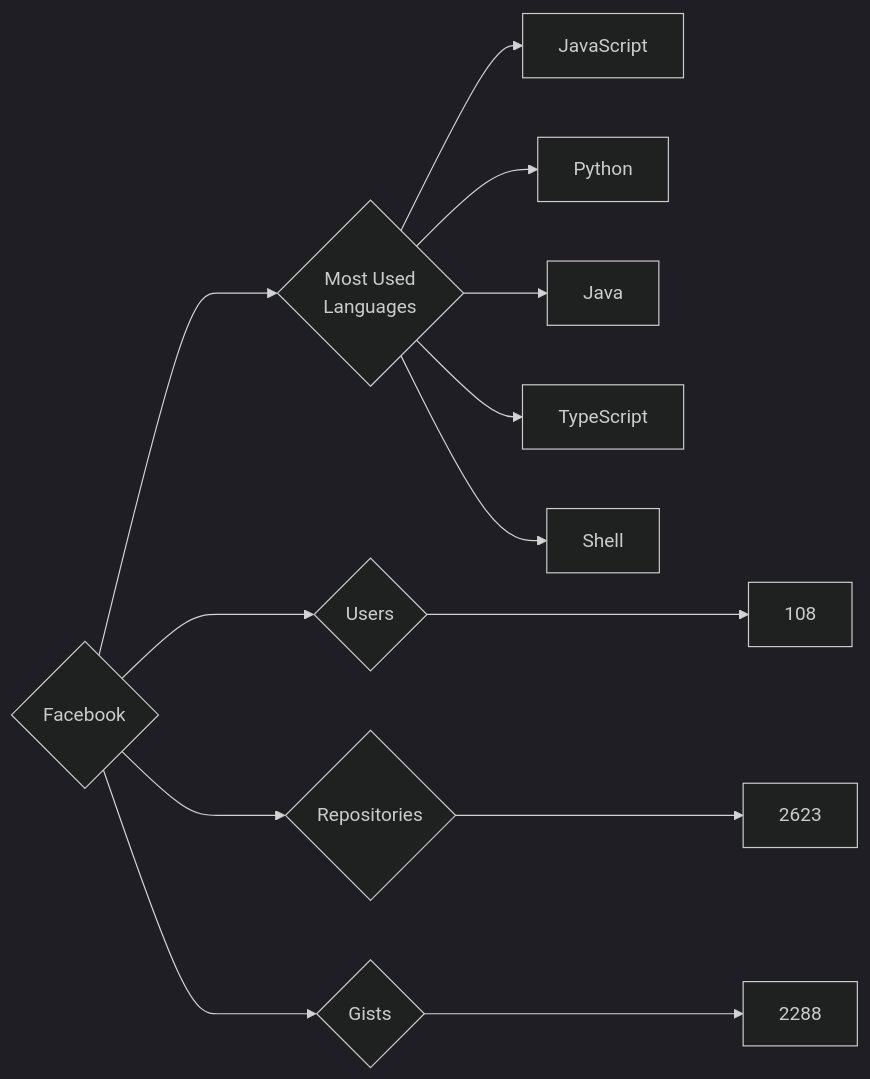
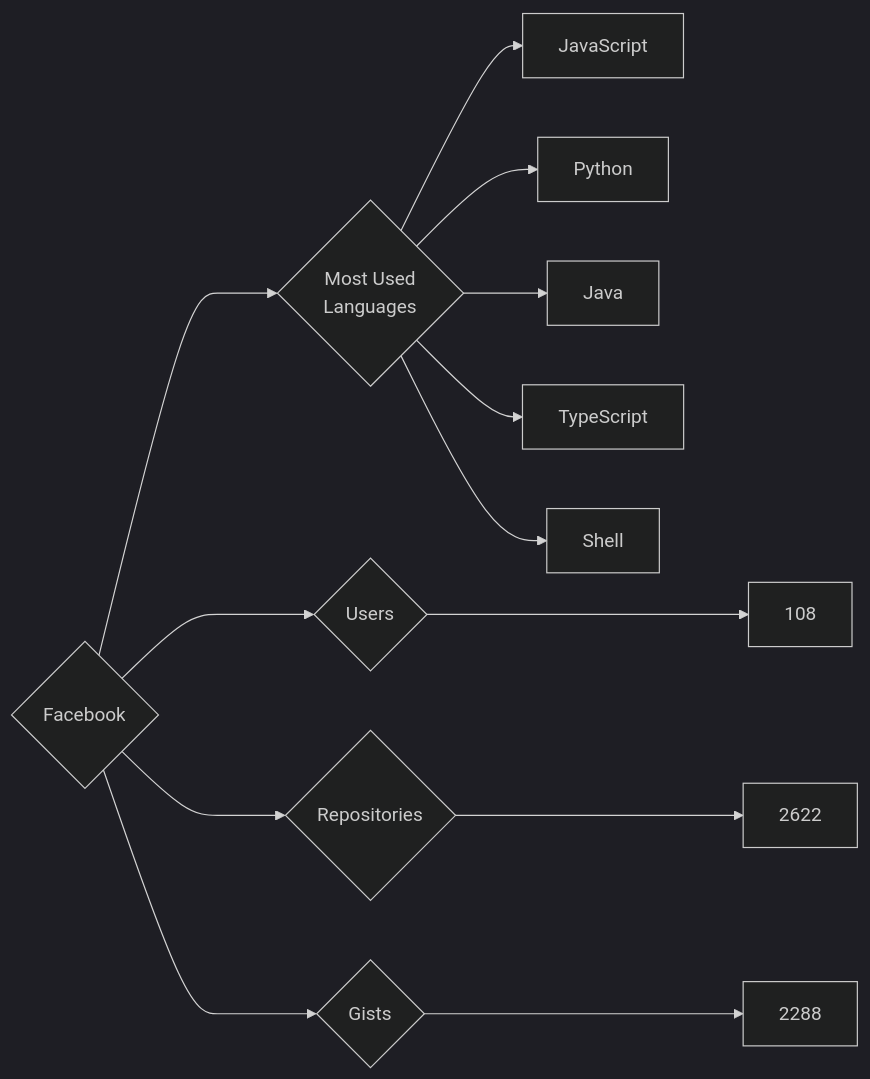
One commit to trickest/insiders changed the diagram in targets/Facebook/README.md. Above: the diagram before and after it, drawn with Mermaid (dark theme). The commit also changed 657 other files, not shown here.

````diff
--- a/targets/Facebook/README.md
+++ b/targets/Facebook/README.md
@@ -3,13 +3,13 @@
 ```mermaid
 graph LR
 COMPANY_NAME{Facebook}
 COMPANY_NAME ---> U{Users} ---> UN[108]
-COMPANY_NAME ---> R{Repositories} ---> RN[2623]
+COMPANY_NAME ---> R{Repositories} ---> RN[2622]
 COMPANY_NAME ---> G{Gists} ---> GN[2288]
 COMPANY_NAME ---> ML{Most Used<br>Languages}
 ML --> JavaScript[JavaScript]
 ML --> Python[Python]
 ML --> Java[Java]
 ML --> TypeScript[TypeScript]
 ML --> Shell[Shell]
 ```
````
